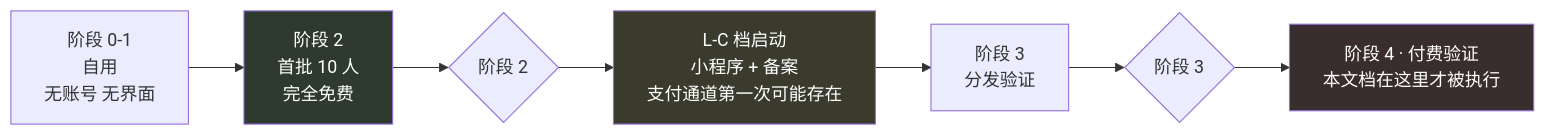
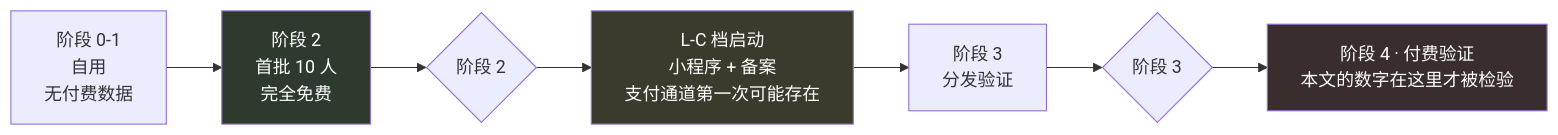
The first of 3 diagrams in docs/product/商业化与额度设计.md (chenyuanjin/kubic), drawn with Mermaid before and after one commit. The commit also changed other lines of this file and 29 other files, not shown here.

````diff
--- a/docs/product/商业化与额度设计.md
+++ b/docs/product/商业化与额度设计.md
@@ -29,13 +29,13 @@
 ```mermaid
 flowchart LR
-    S0["阶段 0-1<br/>自用<br/>无账号 无界面"] --> S2["阶段 2<br/>首批 10 人<br/>完全免费"]
+    S0["阶段 0-1<br/>自用<br/>无付费数据"] --> S2["阶段 2<br/>首批 10 人<br/>完全免费"]
     S2 --> G2{"阶段 2"}
     G2 --> LC["L-C 档启动<br/>小程序 + 备案<br/>支付通道第一次可能存在"]
     LC --> S3["阶段 3<br/>分发验证"]
     S3 --> G3{"阶段 3"}
-    G3 --> S4["阶段 4 · 付费验证<br/>本文档在这里才被执行"]
+    G3 --> S4["阶段 4 · 付费验证<br/>本文的数字在这里才被检验"]
 
     style S2 fill:#2d3a2d,color:#fff
     style LC fill:#3a3a2d,color:#fff
     style S4 fill:#3a2d2d,color:#fff
 ```
````
